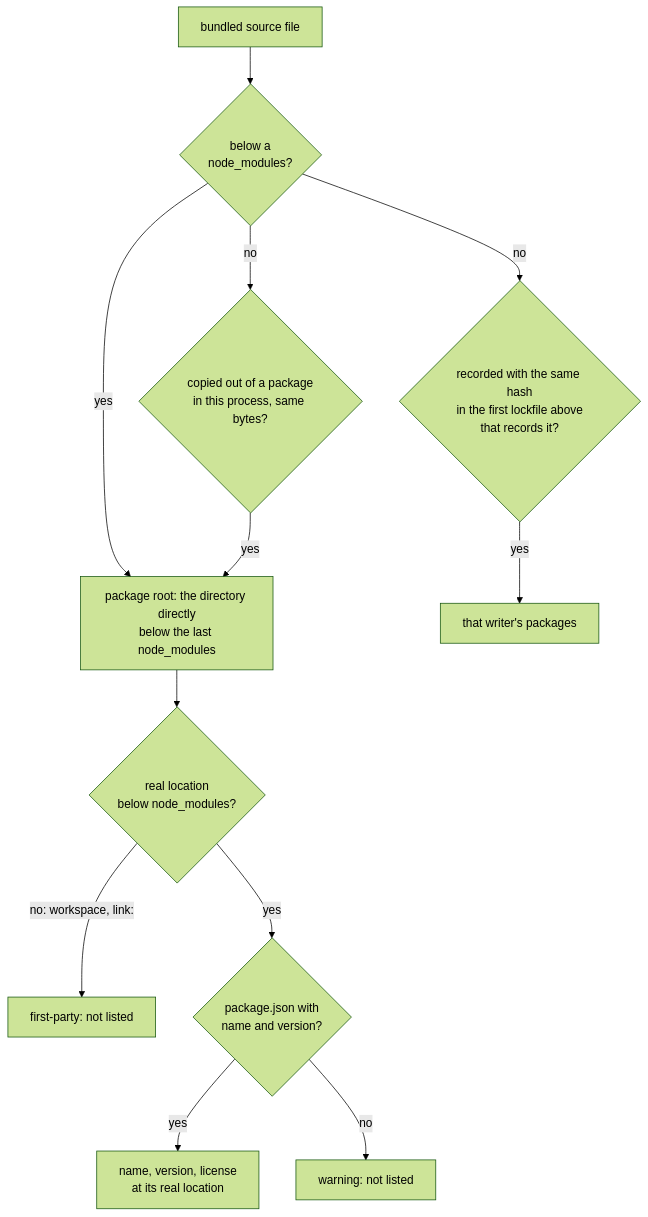
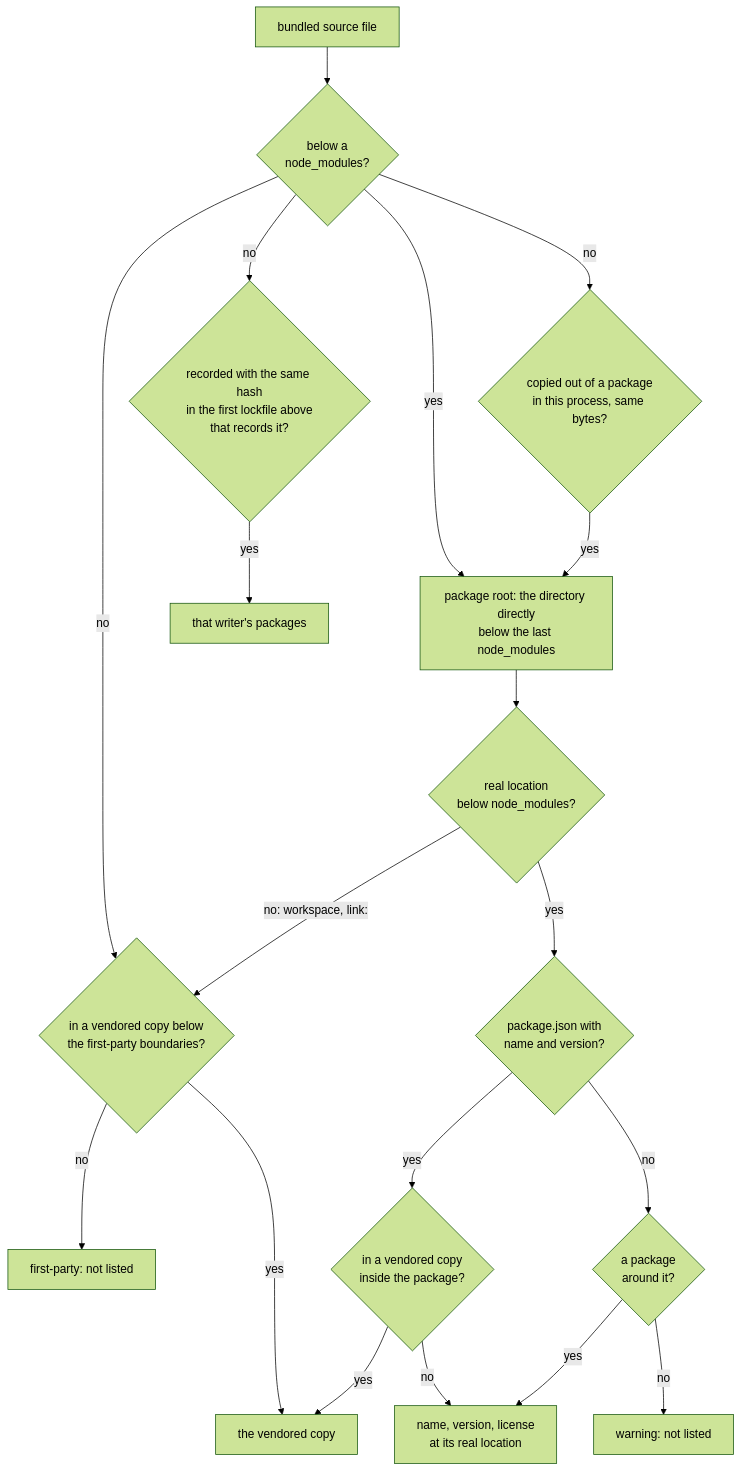
Before and after one commit to toabctl/bundle-lockfile: the fourth of 5 diagrams in README.md, drawn with Mermaid (forest theme). The commit also changed other lines of this file and 61 other files, not shown here.

````diff
--- a/README.md
+++ b/README.md
@@ -655,14 +676,22 @@
 ```mermaid
 flowchart TD
   file["bundled source file"] --> nm{"below a<br/>node_modules?"}
   nm -- yes --> root["package root: the directory directly<br/>below the last node_modules"]
   nm -- no --> copy{"copied out of a package<br/>in this process, same bytes?"}
   nm -- no --> nested{"recorded with the same hash<br/>in the first lockfile above<br/>that records it?"}
   copy -- yes --> root
   nested -- yes --> theirs["that writer's packages"]
+  nm -- no --> vend{"in a vendored copy below<br/>the first-party boundaries?"}
+  vend -- yes --> copyof["the vendored copy"]
+  vend -- no --> first
   root --> real{"real location<br/>below node_modules?"}
-  real -- "no: workspace, link:" --> first["first-party: not listed"]
+  real -- "no: workspace, link:" --> vend
   real -- yes --> pj{"package.json with<br/>name and version?"}
-  pj -- yes --> pkg["name, version, license<br/>at its real location"]
-  pj -- no --> warn["warning: not listed"]
+  pj -- yes --> inner{"in a vendored copy<br/>inside the package?"}
+  inner -- yes --> copyof
+  inner -- no --> pkg["name, version, license<br/>at its real location"]
+  pj -- no --> around{"a package<br/>around it?"}
+  around -- yes --> pkg
+  around -- no --> warn["warning: not listed"]
+  first["first-party: not listed"]
 ```
````
